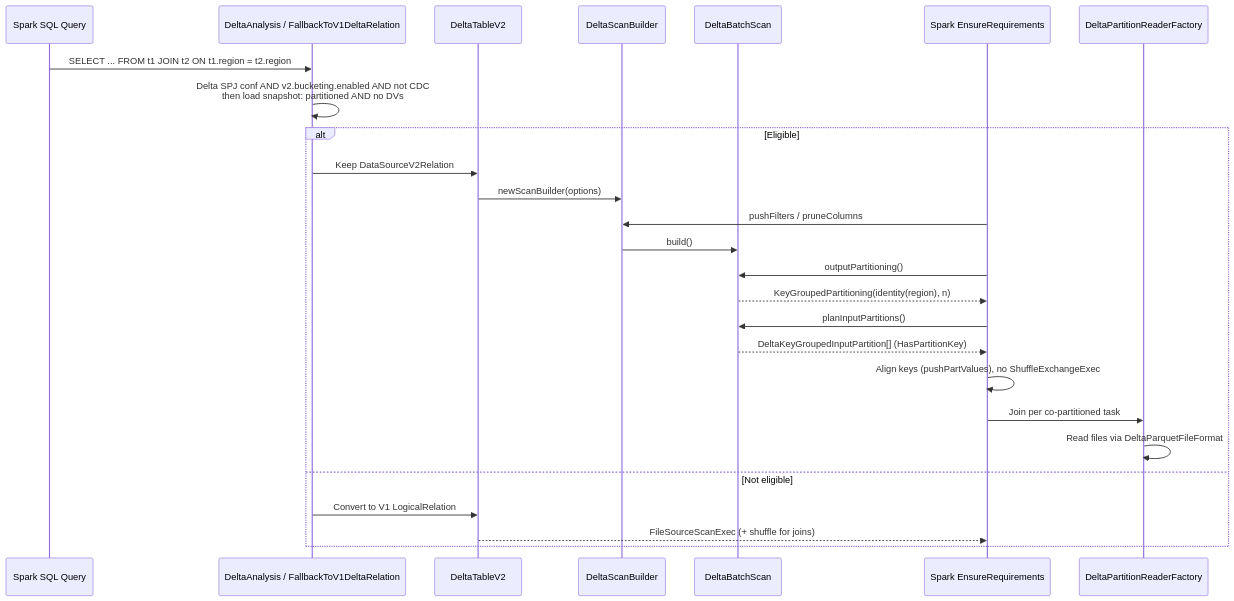
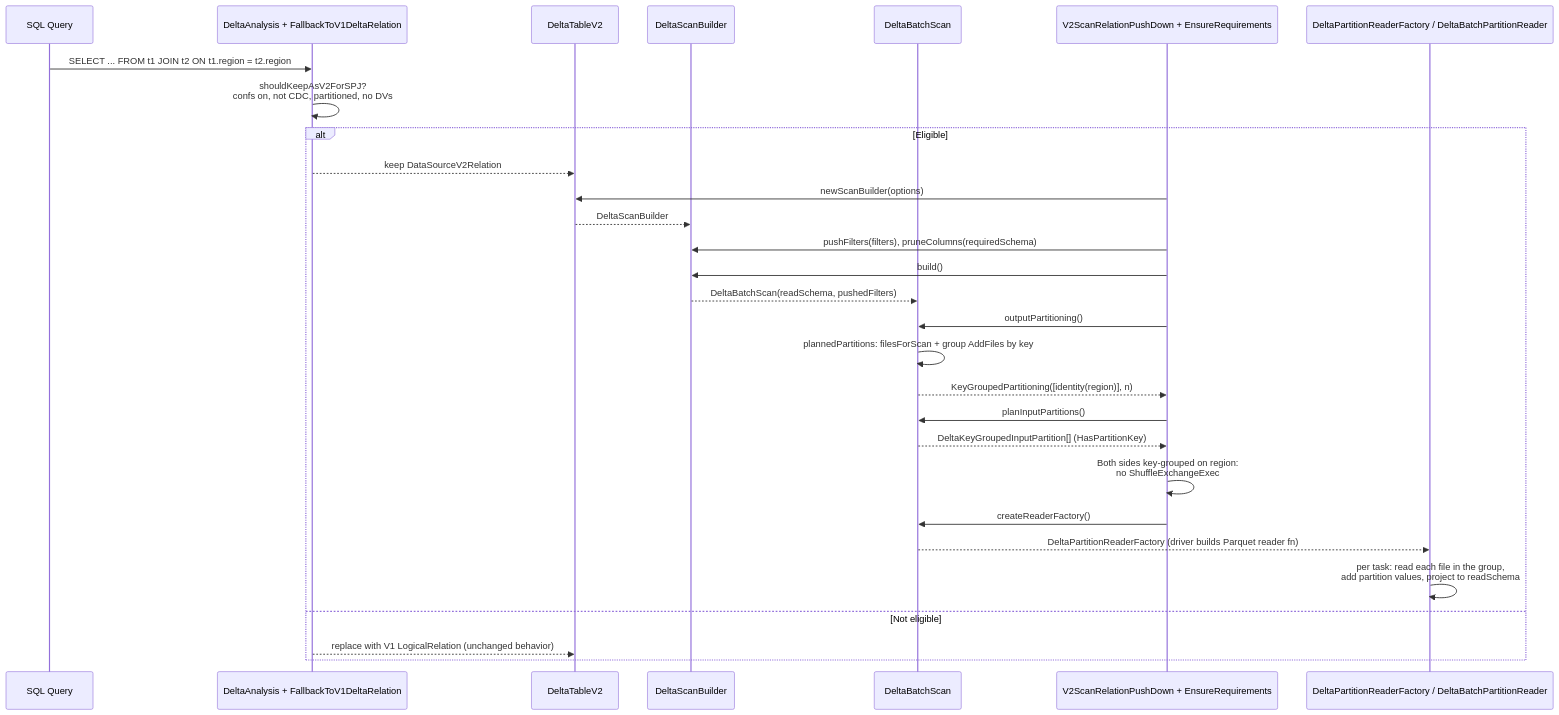
One commit to warrenzhu25/delta changed the first of 2 diagrams in STORAGE_PARTITIONED_JOIN.md. Above: the diagram before and after it, drawn with Mermaid. The commit also changed other lines of this file and 2 other files, not shown here.

First line of the commit message:
Read partition values from the Delta log in the V2 scan; expand design doc

````diff
--- a/STORAGE_PARTITIONED_JOIN.md
+++ b/STORAGE_PARTITIONED_JOIN.md
@@ -75,29 +110,32 @@
 ```mermaid
 sequenceDiagram
-    participant User as Spark SQL Query
-    participant Analysis as DeltaAnalysis / FallbackToV1DeltaRelation
+    participant User as SQL Query
+    participant Analysis as DeltaAnalysis + FallbackToV1DeltaRelation
     participant TableV2 as DeltaTableV2
-    participant ScanBuilder as DeltaScanBuilder
-    participant BatchScan as DeltaBatchScan
-    participant Planner as Spark EnsureRequirements
-    participant Executor as DeltaPartitionReaderFactory
+    participant Builder as DeltaScanBuilder
+    participant Scan as DeltaBatchScan
+    participant Planner as V2ScanRelationPushDown + EnsureRequirements
+    participant Exec as DeltaPartitionReaderFactory / DeltaBatchPartitionReader
 
     User->>Analysis: SELECT ... FROM t1 JOIN t2 ON t1.region = t2.region
-    Analysis->>Analysis: Delta SPJ conf AND v2.bucketing.enabled AND not CDC<br/>then load snapshot: partitioned AND no DVs
+    Analysis->>Analysis: shouldKeepAsV2ForSPJ?<br/>confs on, not CDC, partitioned, no DVs
     alt Eligible
-        Analysis->>TableV2: Keep DataSourceV2Relation
-        TableV2->>ScanBuilder: newScanBuilder(options)
-        Planner->>ScanBuilder: pushFilters / pruneColumns
-        ScanBuilder->>BatchScan: build()
-        Planner->>BatchScan: outputPartitioning()
-        BatchScan-->>Planner: KeyGroupedPartitioning(identity(region), n)
-        Planner->>BatchScan: planInputPartitions()
-        BatchScan-->>Planner: DeltaKeyGroupedInputPartition[] (HasPartitionKey)
-        Planner->>Planner: Align keys (pushPartValues), no ShuffleExchangeExec
-        Planner->>Executor: Join per co-partitioned task
-        Executor->>Executor: Read files via DeltaParquetFileFormat
+        Analysis-->>TableV2: keep DataSourceV2Relation
+        Planner->>TableV2: newScanBuilder(options)
+        TableV2-->>Builder: DeltaScanBuilder
+        Planner->>Builder: pushFilters(filters), pruneColumns(requiredSchema)
+        Planner->>Builder: build()
+        Builder-->>Scan: DeltaBatchScan(readSchema, pushedFilters)
+        Planner->>Scan: outputPartitioning()
+        Scan->>Scan: plannedPartitions: filesForScan + group AddFiles by key
+        Scan-->>Planner: KeyGroupedPartitioning([identity(region)], n)
+        Planner->>Scan: planInputPartitions()
+        Scan-->>Planner: DeltaKeyGroupedInputPartition[] (HasPartitionKey)
+        Planner->>Planner: Both sides key-grouped on region:<br/>no ShuffleExchangeExec
+        Planner->>Scan: createReaderFactory()
+        Scan-->>Exec: DeltaPartitionReaderFactory (driver builds Parquet reader fn)
+        Exec->>Exec: per task: read each file in the group,<br/>add partition values, project to readSchema
     else Not eligible
-        Analysis->>TableV2: Convert to V1 LogicalRelation
-        TableV2-->>Planner: FileSourceScanExec (+ shuffle for joins)
+        Analysis-->>TableV2: replace with V1 LogicalRelation (unchanged behavior)
     end
 ```
````
